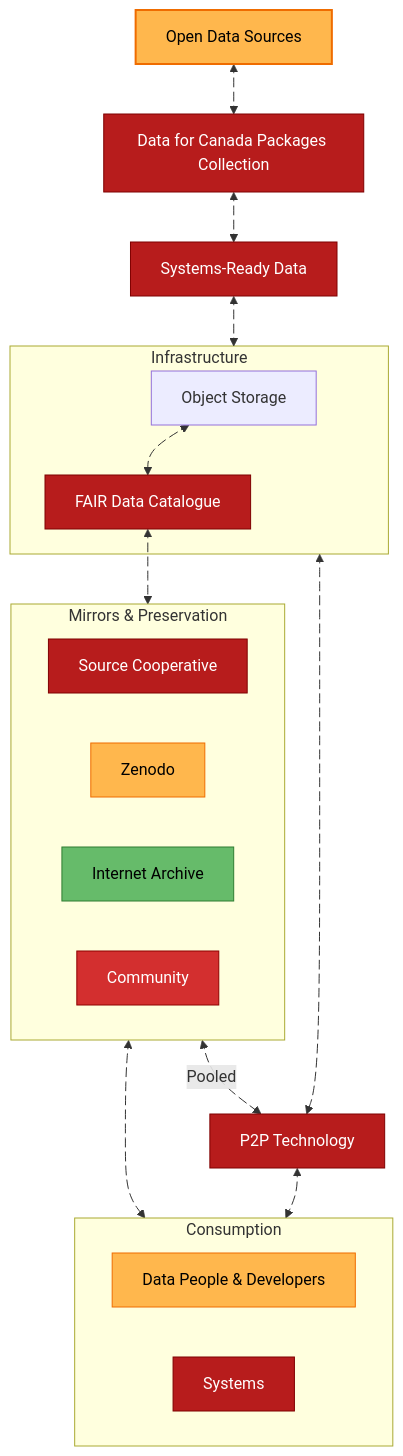
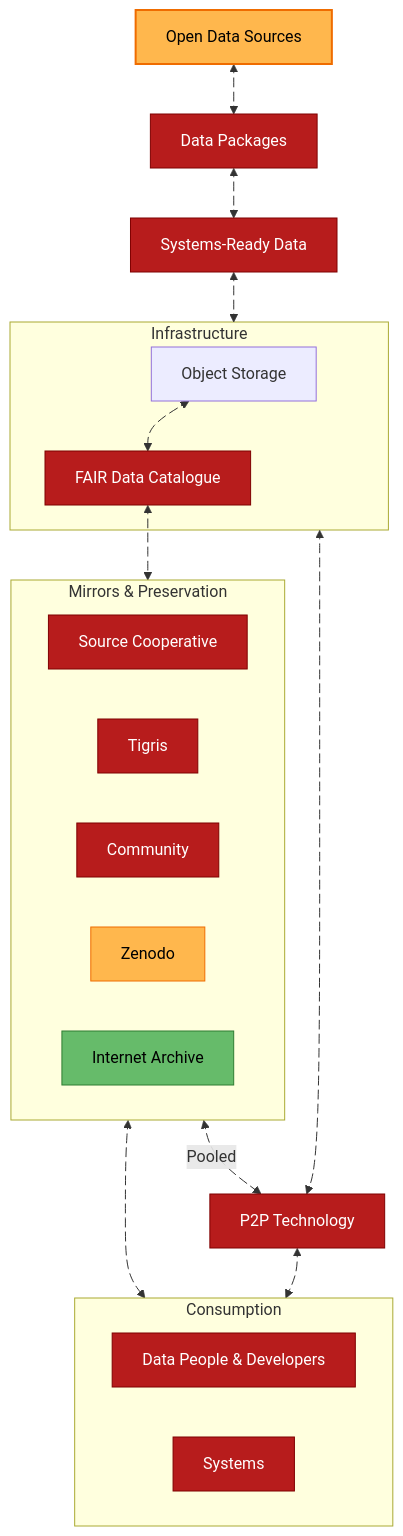
Before and after one commit to dataforcanada/d4c-infra-distribution: the first of 2 diagrams in README.md, drawn with Mermaid. The commit also changed other lines of this file, not shown here.

Commit message:
Revise README for clarity and updated links
Updated links and descriptions for decentralized distribution and infrastructure.

```diff
--- a/README.md
+++ b/README.md
@@ -7,13 +9,14 @@
     classDef linkNode stroke:#0000EE,color:#0000EE,stroke-width:2px;
     subgraph mirrors [Mirrors & Preservation]
         SourceCoop[Source Cooperative]
+        Tigris[Tigris]
+        Community[Community]
         Zenodo[Zenodo]
         InternetArchive[Internet Archive]
-        Community[Community]
     end
 
     Sources[Open Data Sources]
-    Processes[Data for Canada Packages Collection]
+    Processes[Data Packages]
     Artifacts[Systems-Ready Data]
     
     subgraph CoreInfra [Infrastructure]
@@ -66,17 +69,19 @@
     style Processes fill:#B71C1C,stroke:#7F0000,color:#FFFFFF
     class Processes Processes
     style SourceCoop fill:#B71C1C,stroke:#7F0000,color:#FFFFFF
+    style Tigris fill:#B71C1C,stroke:#7F0000,color:#FFFFFF
     style Zenodo fill:#FFB74D,stroke:#EF6C00,color:#000000
-    style Community fill:#D32F2F,stroke:#8E0000,color:#FFFFFF
+    style Community fill:#B71C1C,stroke:#7F0000,color:#FFFFFF
     style P2P fill:#B71C1C,stroke:#7F0000,color:#FFFFFF
     style InternetArchive fill:#66BB6A,stroke:#2E7D32,color:#000000
-    style Users fill:#FFB74D,stroke:#EF6C00,color:#000000
+    style Users fill:#B71C1C,stroke:#7F0000,color:#FFFFFF
     style Systems fill:#B71C1C,stroke:#7F0000,color:#FFFFFF
     
     %% Click Actions
+	click P2P "https://tixati.com/specs/bittorrent" _blank
+    click Tigris "https://www.tigrisdata.com/docs/overview/" _blank
     click Sources "https://www.dataforcanada.org/#high-level-overview" _blank
-    click Processes "https://www.dataforcanada.org/docs/processes/" _blank
-    click Artifacts "https://www.dataforcanada.org/docs/getting_started/" _blank
+    click Processes "https://www.dataforcanada.org/docs/d4c-pkgs/" _blank
     click Metadata "https://stac-utils.github.io/stac-geoparquet/latest/spec/stac-geoparquet-spec/" _blank
     click Zenodo "https://zenodo.org/communities/dataforcanada/" _blank
     click SourceCoop "https://source.coop/dataforcanada/" _blank
```
